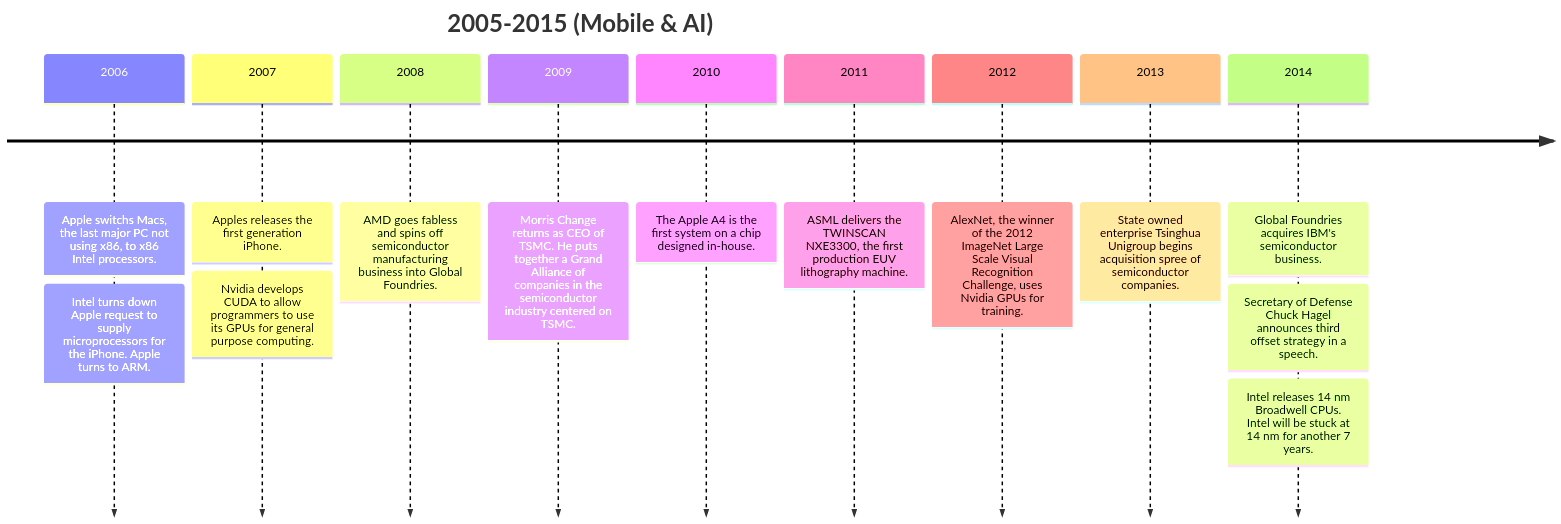
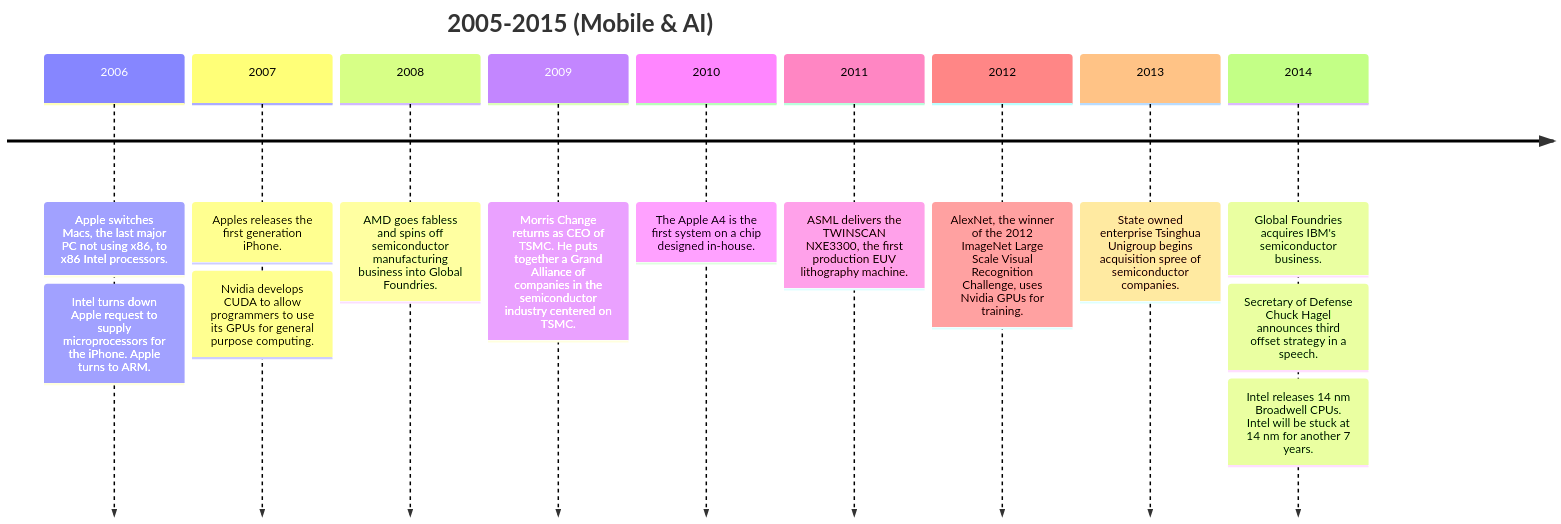
One commit to GeorgeRPu/georgerpu.github.io changed the fifth of 6 diagrams in _books/chip-war.md. Above: the diagram before and after it, drawn with Mermaid. The commit also changed other lines of this file and 54 other files, not shown here.

````diff
--- a/_books/chip-war.md
+++ b/_books/chip-war.md
@@ -82,13 +82,13 @@
 ```mermaid
 timeline
     title 2005-2015 (Mobile & AI)
-    2006 : Apple switchs Macs, the last major PC not using x86, to x86 Intel processors. : Intel turns down Apple request to supply microprocessors for the iPhone. Apple turns to ARM.
+    2006 : Apple switches Macs, the last major PC not using x86, to x86 Intel processors. : Intel turns down Apple request to supply microprocessors for the iPhone. Apple turns to ARM.
     2007 : Apples releases the first generation iPhone. : Nvidia develops CUDA to allow programmers to use its GPUs for general purpose computing.
     2008 : AMD goes fabless and spins off semiconductor manufacturing business into Global Foundries.
     2009 : Morris Change returns as CEO of TSMC. He puts together a Grand Alliance of companies in the semiconductor industry centered on TSMC.
     2010 : The Apple A4 is the first system on a chip designed in-house.
     2011 : ASML delivers the TWINSCAN NXE3300, the first production EUV lithography machine.
     2012 : AlexNet, the winner of the 2012 ImageNet Large Scale Visual Recognition Challenge, uses Nvidia GPUs for training.
     2013 : State owned enterprise Tsinghua Unigroup begins acquisition spree of semiconductor companies.
     2014 : Global Foundries acquires IBM's semiconductor business. : Secretary of Defense Chuck Hagel announces third offset strategy in a speech. : Intel releases 14 nm Broadwell CPUs. Intel will be stuck at 14 nm for another 7 years.
 ```
````
